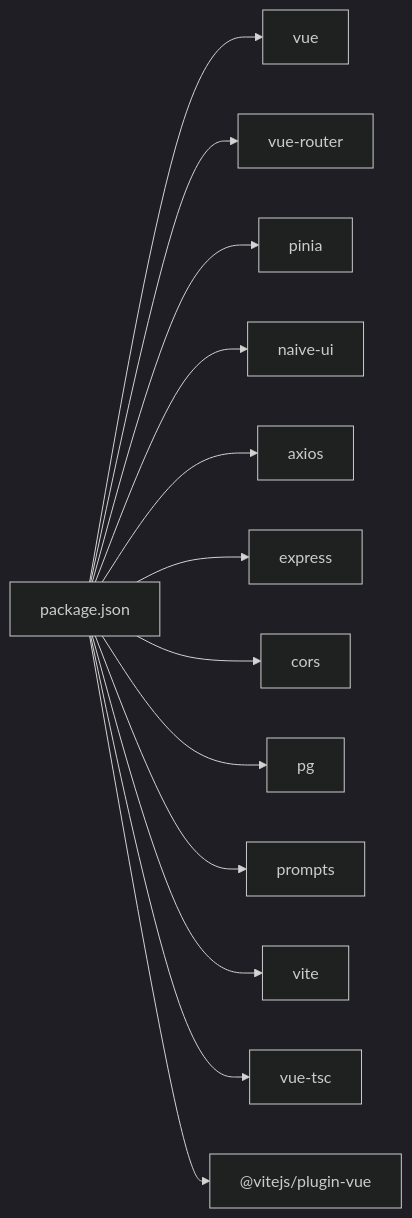
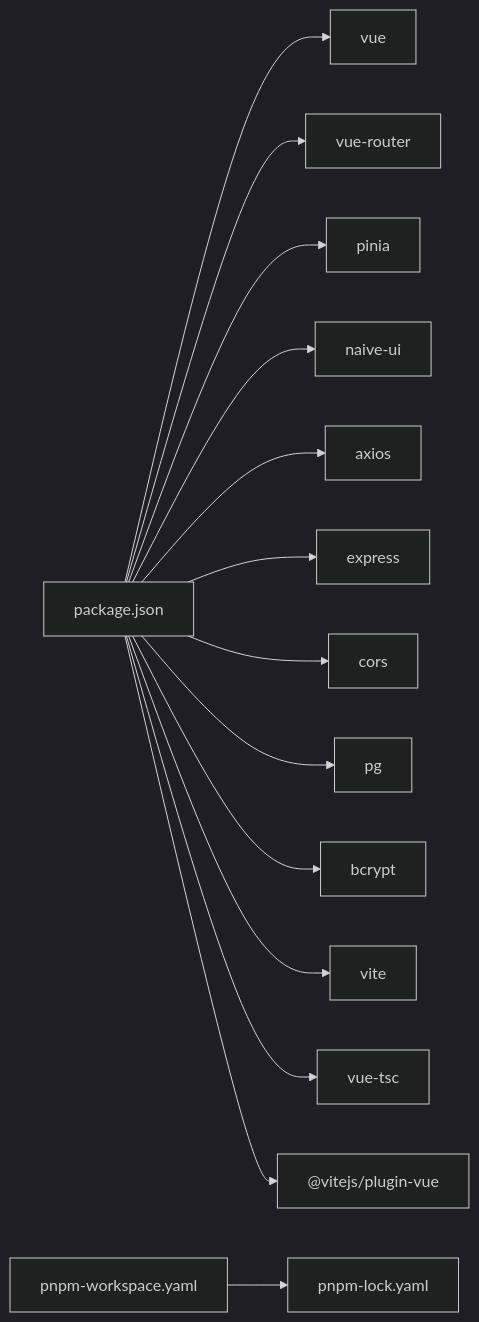
One commit to xinyo/startora changed the ninth of 9 diagrams in .qoder/repowiki/en/content/Development Workflow/Development Workflow.md. Above: the diagram before and after it, drawn with Mermaid (dark theme). The commit also changed other lines of this file and 19 other files, not shown here.

````diff
--- a/.qoder/repowiki/en/content/Development Workflow/Development Workflow.md
+++ b/.qoder/repowiki/en/content/Development Workflow/Development Workflow.md
@@ -360,16 +400,17 @@
 ```mermaid
 graph LR
 P["package.json"]
 P --> Vue["vue"]
 P --> Router["vue-router"]
 P --> Pinia["pinia"]
 P --> Naive["naive-ui"]
 P --> Axios["axios"]
 P --> Express["express"]
 P --> Cors["cors"]
 P --> Pg["pg"]
-P --> Prompts["prompts"]
+P --> Bcrypt["bcrypt"]
 P --> Vite["vite"]
 P --> VueTSC["vue-tsc"]
 P --> VuePlugin["@vitejs/plugin-vue"]
+PNPM["pnpm-workspace.yaml"] --> PnpmLock["pnpm-lock.yaml"]
 ```
````
